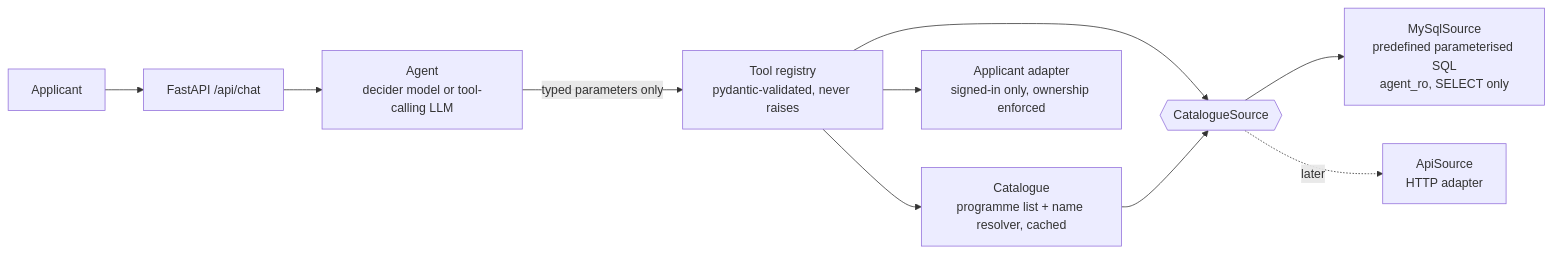
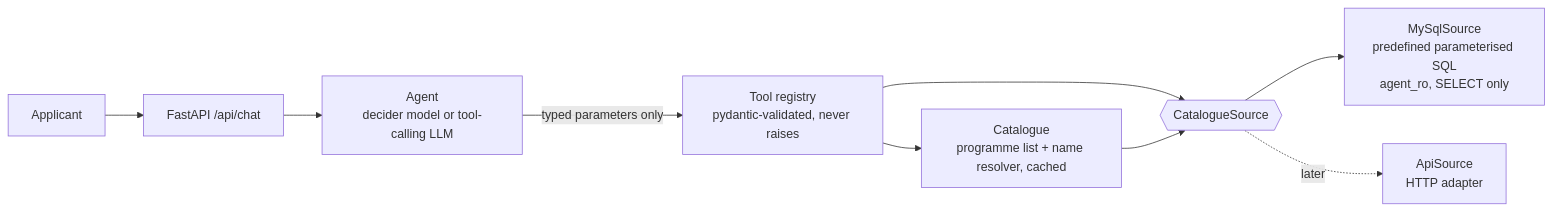
Before and after one commit to 0nouman0/silc-copilot: the first of 2 diagrams in docs/ARCHITECTURE.md, drawn with Mermaid. The commit also changed other lines of this file and 98 other files, not shown here.

````diff
--- a/docs/ARCHITECTURE.md
+++ b/docs/ARCHITECTURE.md
@@ -3,12 +3,11 @@
 ```mermaid
 flowchart LR
   U[Applicant] --> API[FastAPI /api/chat]
   API --> AG[Agent<br/>decider model or tool-calling LLM]
   AG -->|typed parameters only| TR[Tool registry<br/>pydantic-validated, never raises]
   TR --> DS{{CatalogueSource}}
   DS --> MY[MySqlSource<br/>predefined parameterised SQL<br/>agent_ro, SELECT only]
   DS -.later.-> HA[ApiSource<br/>HTTP adapter]
   TR --> CAT[Catalogue<br/>programme list + name resolver, cached]
   CAT --> DS
-  TR --> AP[Applicant adapter<br/>signed-in only, ownership enforced]
 ```
````
